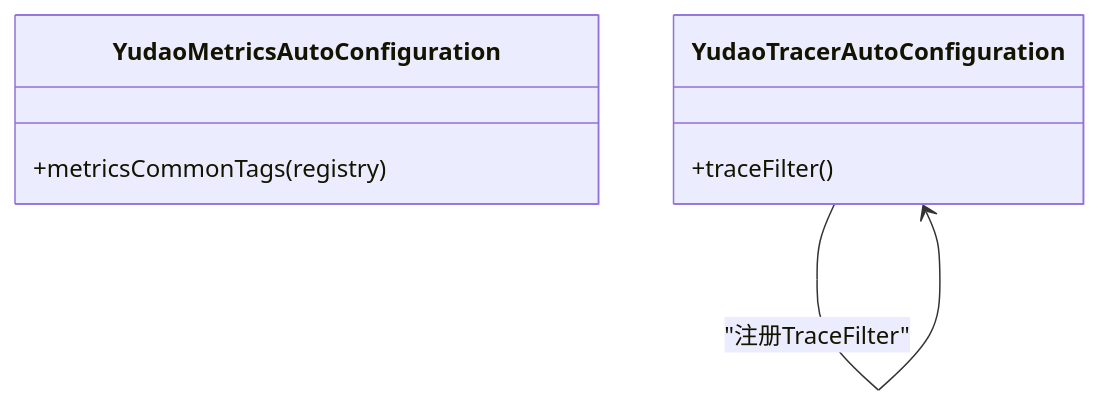
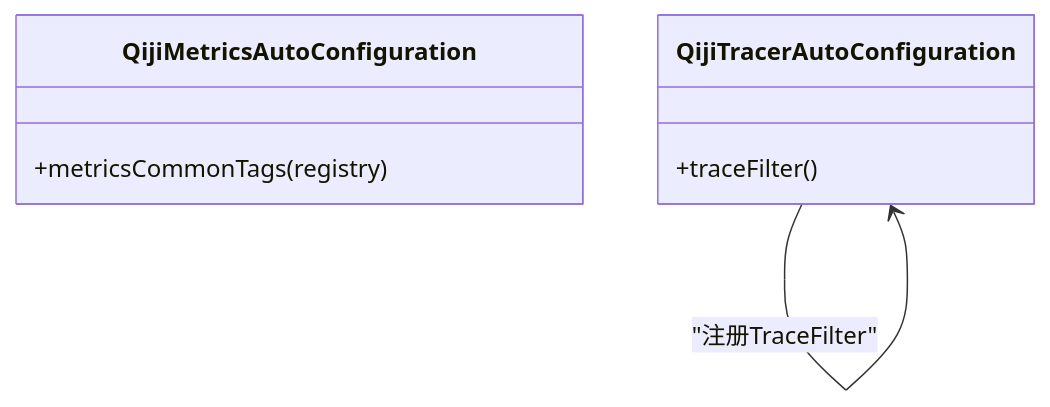
One commit to zhuangpengLI/AgenticCPS changed the fourth of 5 diagrams in backend/.qoder/repowiki/zh/content/部署与运维/运维管理.md. Above: the diagram before and after it, drawn with Mermaid. The commit also changed other lines of this file and 3489 other files, not shown here.

````diff
--- a/backend/.qoder/repowiki/zh/content/部署与运维/运维管理.md
+++ b/backend/.qoder/repowiki/zh/content/部署与运维/运维管理.md
@@ -162,10 +162,10 @@
 ```mermaid
 classDiagram
-class YudaoMetricsAutoConfiguration {
+class QijiMetricsAutoConfiguration {
 +metricsCommonTags(registry)
 }
-class YudaoTracerAutoConfiguration {
+class QijiTracerAutoConfiguration {
 +traceFilter()
 }
-YudaoTracerAutoConfiguration --> YudaoTracerAutoConfiguration : "注册TraceFilter"
+QijiTracerAutoConfiguration --> QijiTracerAutoConfiguration : "注册TraceFilter"
 ```
````
